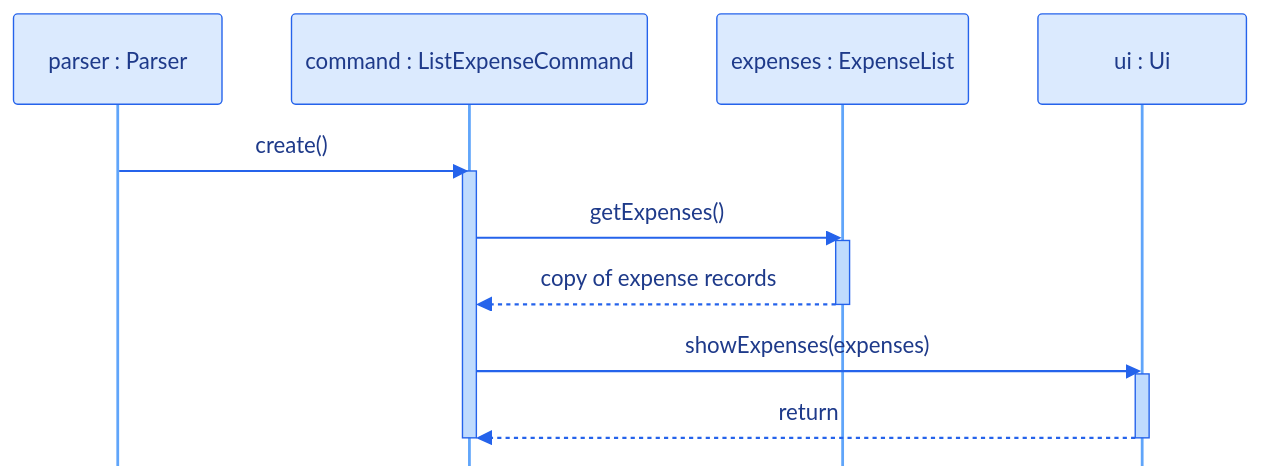
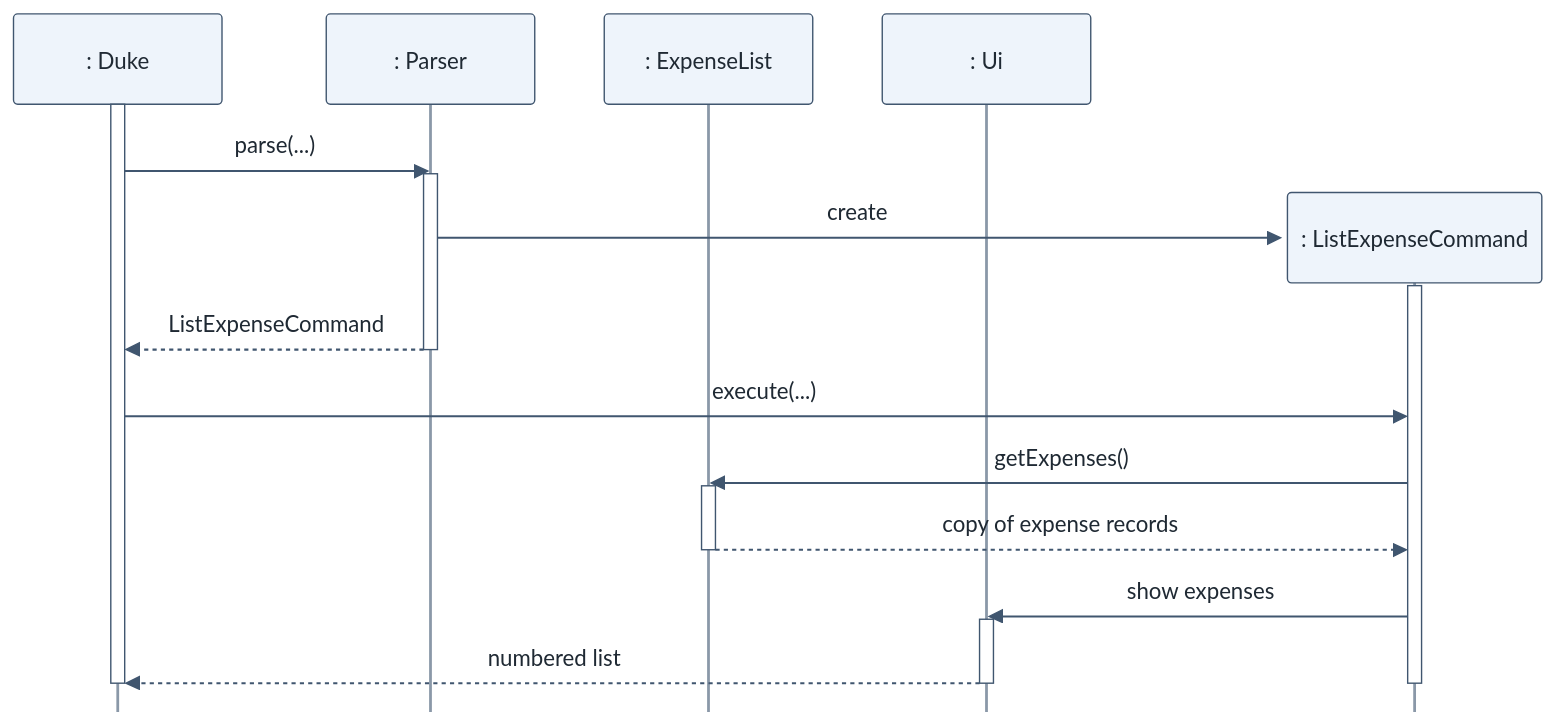
The diagram in docs/diagrams/expense-list.mmd (AY2627S1-CS2113-T11-1/tp), drawn with Mermaid before and after one commit. The commit also changed 7 other files, not shown here.

First line of the commit message:
docs: align sequence diagram styling

```diff
--- a/docs/diagrams/expense-list.mmd
+++ b/docs/diagrams/expense-list.mmd
@@ -1,18 +1,27 @@
-%%{init: {"sequence": {"mirrorActors": false}, "themeCSS": ".actor-line { stroke-dasharray: 4 4; }", "themeVariables": {"fontSize": "20px", "actorBkg": "#dbeafe", "actorBorder": "#2563eb", "actorTextColor": "#1e3a8a", "actorLineColor": "#60a5fa", "signalColor": "#2563eb", "signalTextColor": "#1e3a8a", "activationBkgColor": "#bfdbfe", "activationBorderColor": "#2563eb"}}}%%
+%%{init: {"sequence": {"mirrorActors": false}, "themeCSS": ".actor-line { stroke-dasharray: 5 5; }", "themeVariables": {"fontSize": "20px", "actorBkg": "#eef4fb", "actorBorder": "#40566f", "actorTextColor": "#1f2933", "actorLineColor": "#8a98a8", "signalColor": "#40566f", "signalTextColor": "#1f2933", "activationBkgColor": "#ffffff", "activationBorderColor": "#40566f"}}}%%
 sequenceDiagram
-    participant P as parser : Parser
-    participant C as command : ListExpenseCommand
-    participant L as expenses : ExpenseList
-    participant U as ui : Ui
+    participant D as : Duke
+    participant P as : Parser
+    participant L as : ExpenseList
+    participant U as : Ui
 
-    P->>C: create()
+    activate D
+    D->>P: parse(...)
+    activate P
+    create participant C as : ListExpenseCommand
+    P->>C: create
     activate C
+    P-->>D: ListExpenseCommand
+    deactivate P
+    D->>C: execute(...)
     C->>L: getExpenses()
     activate L
     L-->>C: copy of expense records
     deactivate L
-    C->>U: showExpenses(expenses)
+    C->>U: show expenses
     activate U
-    U-->>C: return
+    U-->>D: numbered list
     deactivate U
     deactivate C
+    destroy C
+    deactivate D
```
